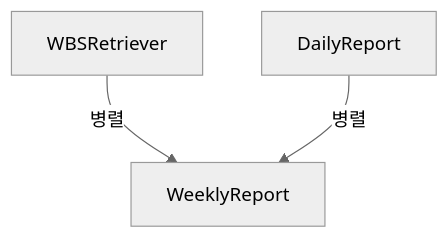
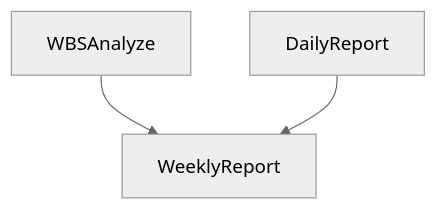
The second of 3 diagrams in README.md (skala-yAXim/AI-end), drawn with Mermaid (neutral theme) before and after one commit. The commit also changed other lines of this file and 41 other files, not shown here.

````diff
--- a/README.md
+++ b/README.md
@@ -115,5 +46,5 @@
  ```mermaid
 graph TD;
-    WBSRetriever -->|병렬| WeeklyReport
-    DailyReport  -->|병렬| WeeklyReport
+    WBSAnalyze --> WeeklyReport
+    DailyReport --> WeeklyReport
 ```
````
